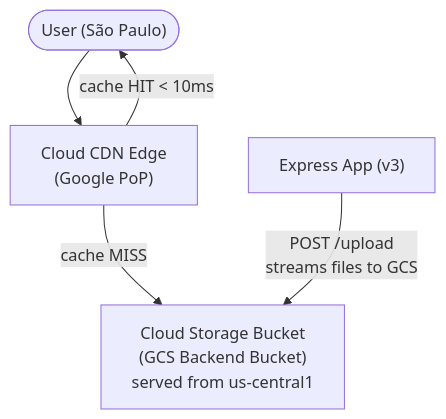
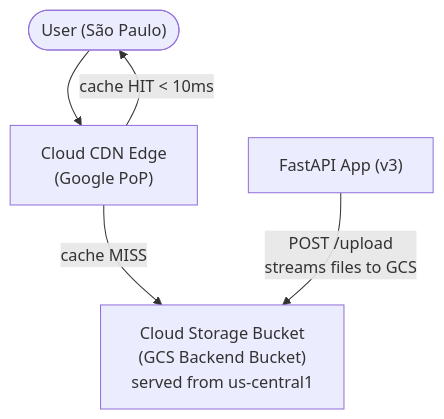
One commit to ulises-jimenez07/cc-gcp changed the diagram in web_app_gcp/phase2_performance/02_cdn.md. Above: the diagram before and after it, drawn with Mermaid. The commit also changed other lines of this file and 2 other files, not shown here.

Commit message:
refactor: gcs creation before cdn

````diff
--- a/web_app_gcp/phase2_performance/02_cdn.md
+++ b/web_app_gcp/phase2_performance/02_cdn.md
@@ -11,7 +7,7 @@
 ```mermaid
 graph TD
     User(["User (São Paulo)"]) --> CDN["Cloud CDN Edge\n(Google PoP)"]
     CDN -- "cache HIT < 10ms" --> User
     CDN -- "cache MISS" --> GCS["Cloud Storage Bucket\n(GCS Backend Bucket)\nserved from us-central1"]
-    App["Express App (v3)"] -- "POST /upload\nstreams files to GCS" --> GCS
+    App["FastAPI App (v3)"] -- "POST /upload\nstreams files to GCS" --> GCS
 ```
````
